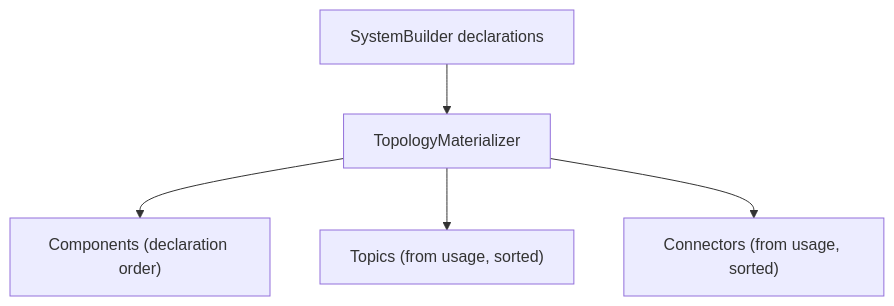
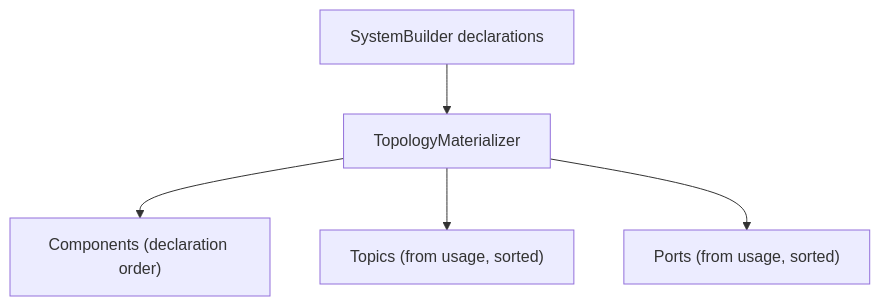
Before and after one commit to integrio-intropy/intropy-topology: the diagram in docs/concepts/materialization.md, drawn with Mermaid. The commit also changed other lines of this file and 50 other files, not shown here.

````diff
--- a/docs/concepts/materialization.md
+++ b/docs/concepts/materialization.md
@@ -7,7 +7,7 @@
 ```mermaid
 graph TD
     B["SystemBuilder declarations"] --> M["TopologyMaterializer"]
     M --> C["Components (declaration order)"]
     M --> T["Topics (from usage, sorted)"]
-    M --> K["Connectors (from usage, sorted)"]
+    M --> K["Ports (from usage, sorted)"]
 ```
````
